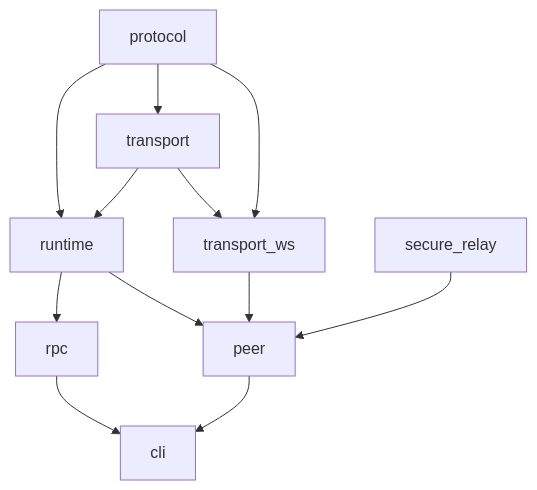
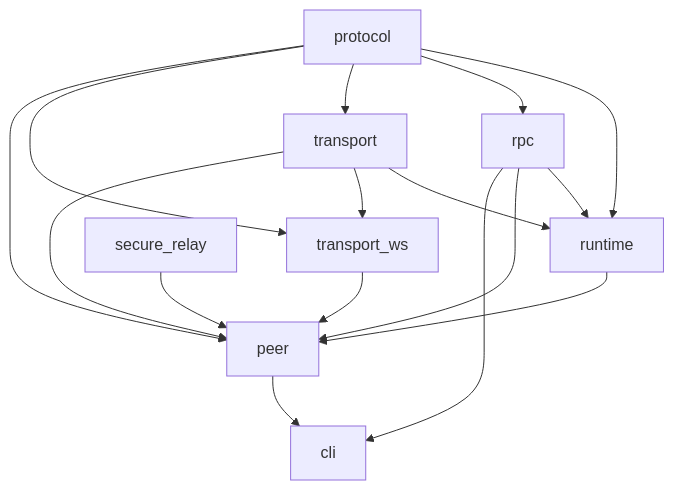
The diagram in docs/architecture/project-structure.md (sidebandtech/sideband), drawn with Mermaid before and after one commit. The commit also changed other lines of this file and 43 other files, not shown here.

````diff
--- a/docs/architecture/project-structure.md
+++ b/docs/architecture/project-structure.md
@@ -76,14 +77,18 @@
 ```mermaid
 graph TD
   protocol --> runtime
+  protocol --> rpc
+  rpc --> runtime
   protocol --> transport
   transport --> runtime
   protocol --> transport_ws
   transport --> transport_ws
-  runtime --> rpc
+  protocol --> peer
+  transport --> peer
+  rpc --> peer
   runtime --> peer
   transport_ws --> peer
   secure_relay --> peer
   peer --> cli
   rpc --> cli
 ```
````
